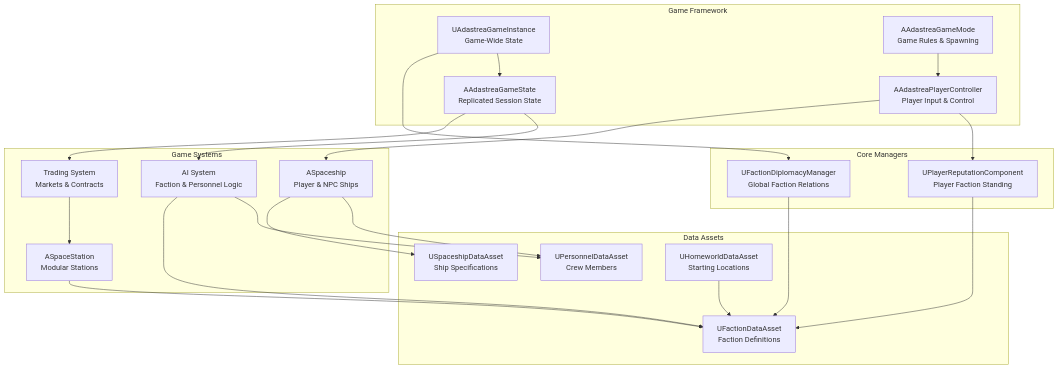
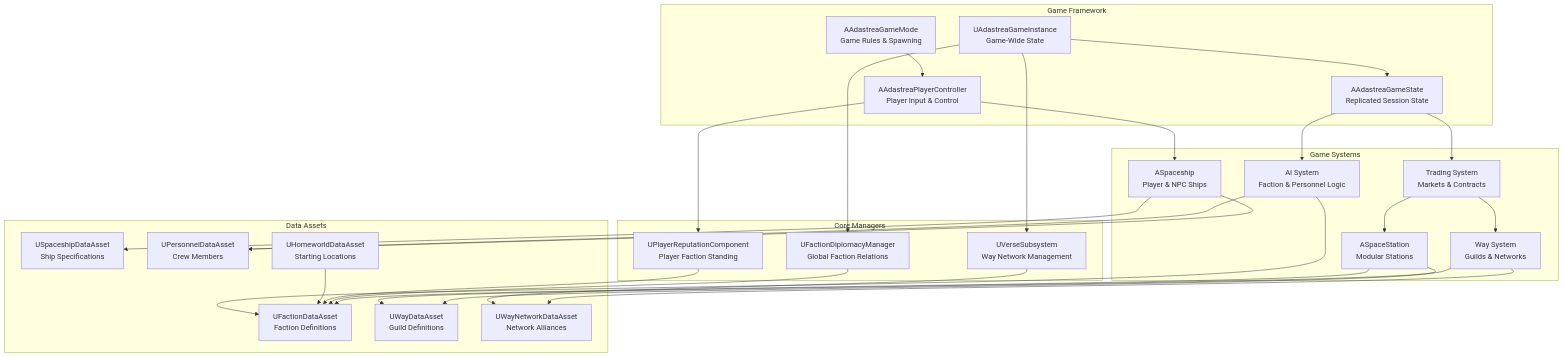
One commit to Mittenzx/Adastrea changed the diagram in ARCHITECTURE.md. Above: the diagram before and after it, drawn with Mermaid. The commit also changed other lines of this file and 4 other files, not shown here.

First line of the commit message:
Add comprehensive Way System documentation

````diff
--- a/ARCHITECTURE.md
+++ b/ARCHITECTURE.md
@@ -19,45 +19,55 @@
 ```mermaid
 graph TB
     subgraph "Game Framework"
         GameInstance[UAdastreaGameInstance<br/>Game-Wide State]
         GameState[AAdastreaGameState<br/>Replicated Session State]
         GameMode[AAdastreaGameMode<br/>Game Rules & Spawning]
         PlayerController[AAdastreaPlayerController<br/>Player Input & Control]
     end
 
     subgraph "Core Managers"
         FactionDiplomacy[UFactionDiplomacyManager<br/>Global Faction Relations]
         PlayerReputation[UPlayerReputationComponent<br/>Player Faction Standing]
+        VerseSubsystem[UVerseSubsystem<br/>Way Network Management]
     end
 
     subgraph "Game Systems"
         Spaceship[ASpaceship<br/>Player & NPC Ships]
         SpaceStation[ASpaceStation<br/>Modular Stations]
         Trading[Trading System<br/>Markets & Contracts]
         AI[AI System<br/>Faction & Personnel Logic]
+        Ways[Way System<br/>Guilds & Networks]
     end
 
     subgraph "Data Assets"
         FactionData[UFactionDataAsset<br/>Faction Definitions]
         SpaceshipData[USpaceshipDataAsset<br/>Ship Specifications]
         PersonnelData[UPersonnelDataAsset<br/>Crew Members]
         HomeworldData[UHomeworldDataAsset<br/>Starting Locations]
+        WayData[UWayDataAsset<br/>Guild Definitions]
+        WayNetworkData[UWayNetworkDataAsset<br/>Network Alliances]
     end
 
     GameInstance --> FactionDiplomacy
+    GameInstance --> VerseSubsystem
     GameInstance --> GameState
     GameMode --> PlayerController
     PlayerController --> Spaceship
     PlayerController --> PlayerReputation
     GameState --> Trading
     GameState --> AI
     SpaceStation --> FactionData
+    SpaceStation --> WayData
     Spaceship --> SpaceshipData
     Spaceship --> PersonnelData
     FactionDiplomacy --> FactionData
     PlayerReputation --> FactionData
     HomeworldData --> FactionData
     Trading --> SpaceStation
+    Trading --> Ways
     AI --> FactionData
     AI --> PersonnelData
+    Ways --> WayData
+    Ways --> WayNetworkData
+    VerseSubsystem --> WayNetworkData
 ```
````
